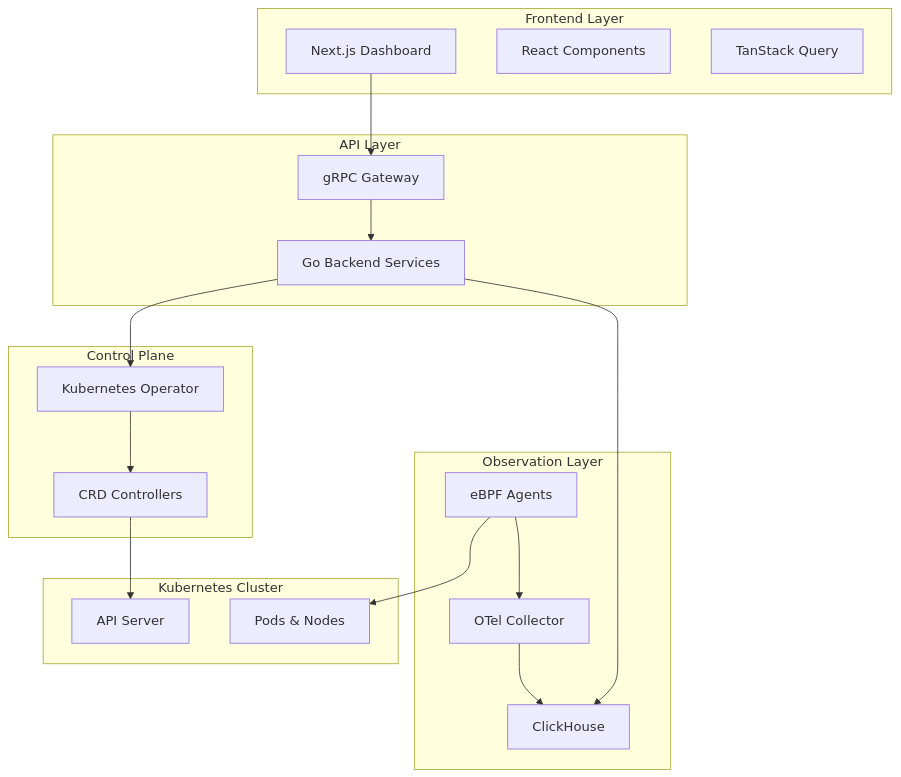
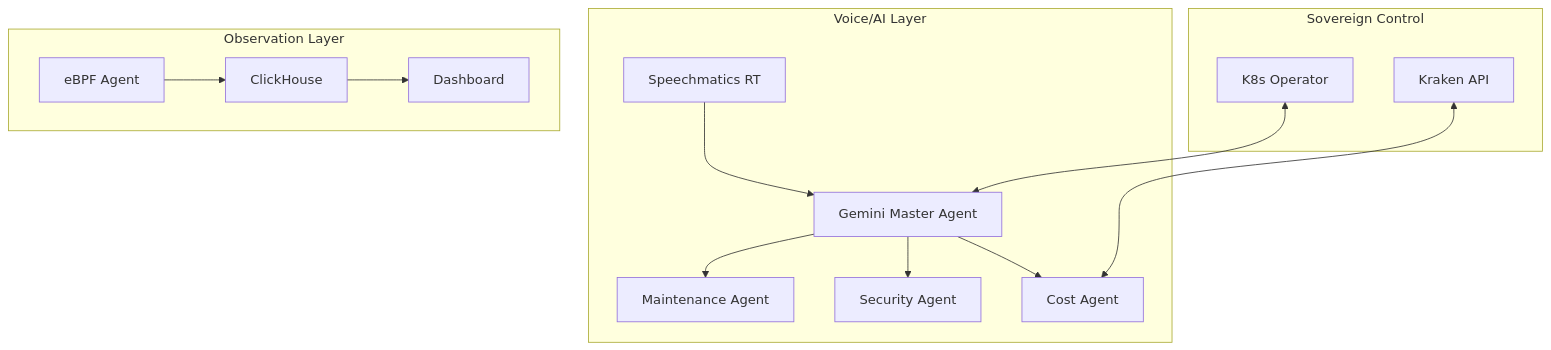
One commit to paulmmoore3416/kcc changed the diagram in README.md. Above: the diagram before and after it, drawn with Mermaid. The commit also changed other lines of this file and 38 other files, not shown here.

Commit message:
feat: integrate Speechmatics voice assistant, upgrade AI Command Center, and revamp README with professional styling

````diff
--- a/README.md
+++ b/README.md
@@ -89,39 +78,19 @@
 ```mermaid
-graph TB
-    subgraph "Frontend Layer"
-        A[Next.js Dashboard]
-        B[React Components]
-        C[TanStack Query]
+graph TD
+    subgraph "Voice/AI Layer"
+        V[Speechmatics RT] --> A[Gemini Master Agent]
+        A --> M[Maintenance Agent]
+        A --> S[Security Agent]
+        A --> C[Cost Agent]
     end
     
-    subgraph "API Layer"
-        D[gRPC Gateway]
-        E[Go Backend Services]
-    end
-    
-    subgraph "Control Plane"
-        F[Kubernetes Operator]
-        G[CRD Controllers]
+    subgraph "Sovereign Control"
+        K[Kraken API] <--> C
+        O[K8s Operator] <--> A
     end
     
     subgraph "Observation Layer"
-        H[eBPF Agents]
-        I[OTel Collector]
-        J[ClickHouse]
+        E[eBPF Agent] --> CH[ClickHouse]
+        CH --> D[Dashboard]
     end
-    
-    subgraph "Kubernetes Cluster"
-        K[API Server]
-        L[Pods & Nodes]
-    end
-    
-    A --> D
-    D --> E
-    E --> F
-    E --> J
-    F --> G
-    G --> K
-    H --> I
-    I --> J
-    H --> L
 ```
````
